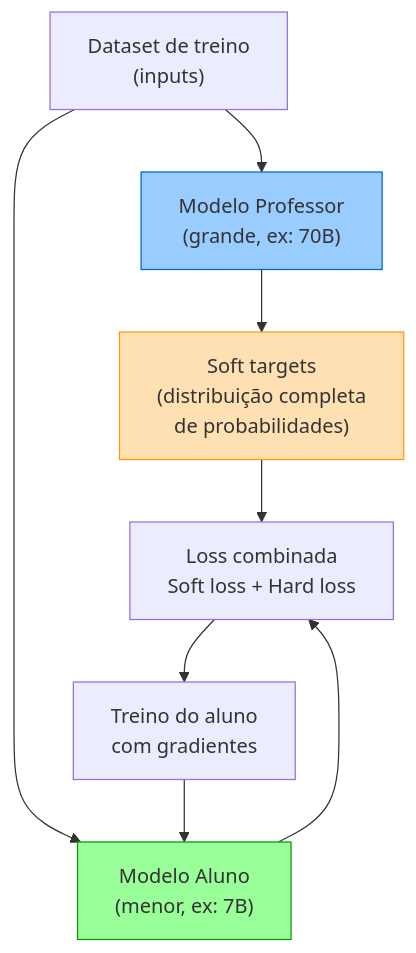
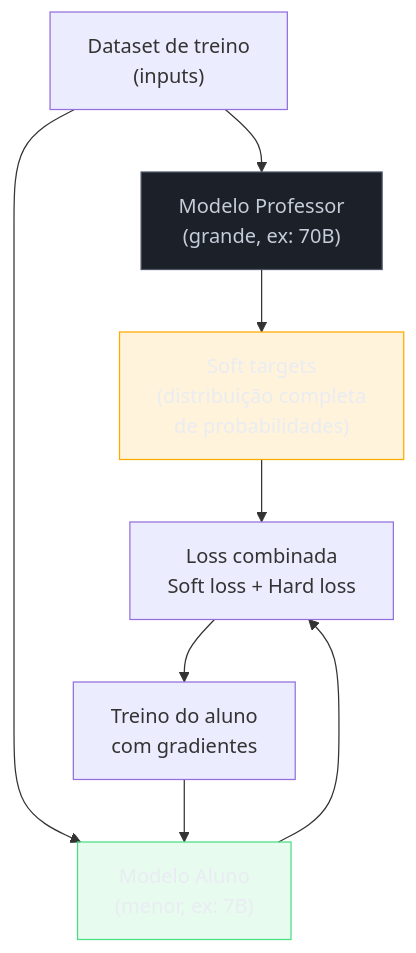
The third of 4 diagrams in 03-Dominios/Tecnologia/IA/Anatomia dos LLMs/20 - Compressão de modelos — quantização e destilação.md (josenaldo/codex-technomanticus), drawn with Mermaid before and after one commit. The commit also changed other lines of this file and 1181 other files, not shown here.

First line of the commit message:
fix(diagramas): paleta do sistema no lugar de cor cravada no markdown

````diff
--- a/03-Dominios/Tecnologia/IA/Anatomia dos LLMs/20 - Compressão de modelos — quantização e destilação.md
+++ b/03-Dominios/Tecnologia/IA/Anatomia dos LLMs/20 - Compressão de modelos — quantização e destilação.md
@@ -115,13 +116,16 @@
 ```mermaid
 graph TD
+    classDef neutro fill:#1B2029,stroke:#4E5666,color:#C6CCD8
+    classDef ok fill:#4ADE8021,stroke:#4ADE80,color:#E9ECF2
+    classDef destaque fill:#FFAA0024,stroke:#FFAA00,color:#E9ECF2
     D["Dataset de treino\n(inputs)"] --> T["Modelo Professor\n(grande, ex: 70B)"]
     T --> ST["Soft targets\n(distribuição completa\nde probabilidades)"]
     D --> S["Modelo Aluno\n(menor, ex: 7B)"]
     ST --> LOSS["Loss combinada\nSoft loss + Hard loss"]
     S --> LOSS
     LOSS --> TRAIN["Treino do aluno\ncom gradientes"]
     TRAIN --> S
-    style T fill:#99ccff,stroke:#0066cc
-    style S fill:#99ff99,stroke:#009900
-    style ST fill:#ffe0b3,stroke:#ff9800
+    class T neutro
+    class S ok
+    class ST destaque
 ```
````
